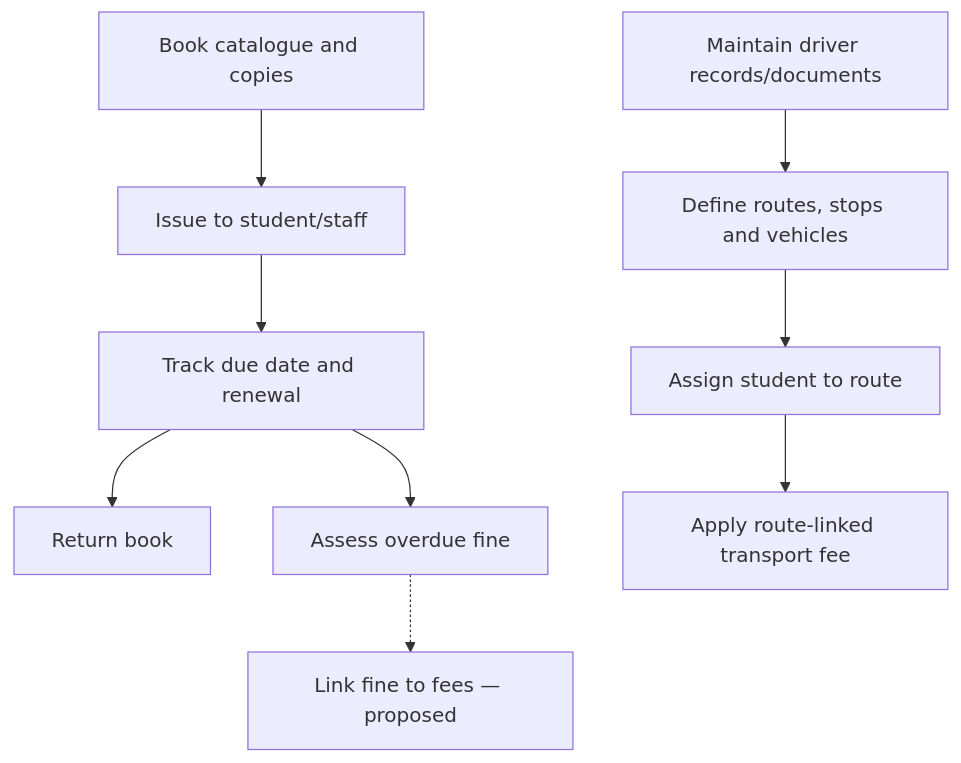
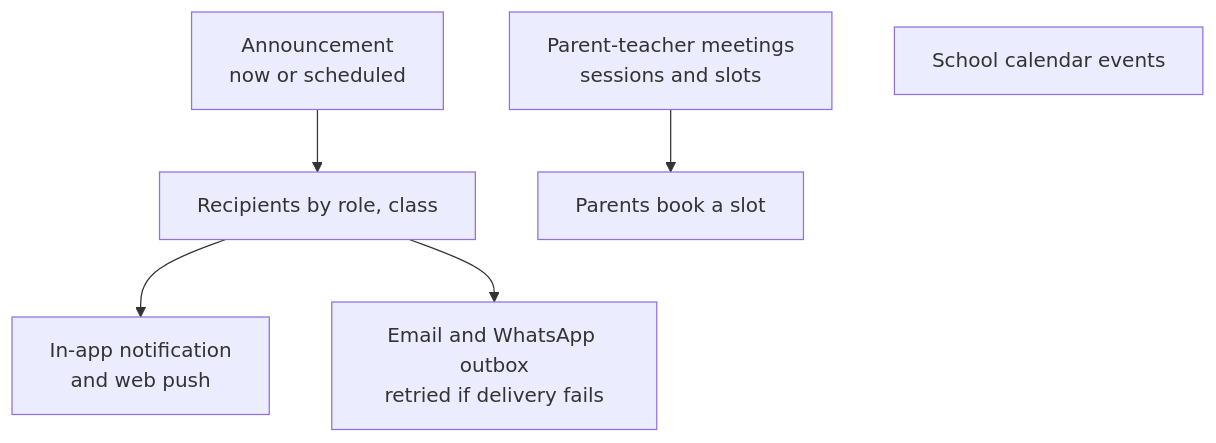
One commit to niddanamohansps-hue/Mocha-Edu changed the tenth of 10 diagrams in SYSTEM_ARCHITECTURE_AND_MODULE_WORKFLOWS.md. Above: the diagram before and after it, drawn with Mermaid. The commit also changed other lines of this file and 1 other file, not shown here.

First line of the commit message:
docs(architecture): bring the architecture document up to date with the code

````diff
--- a/SYSTEM_ARCHITECTURE_AND_MODULE_WORKFLOWS.md
+++ b/SYSTEM_ARCHITECTURE_AND_MODULE_WORKFLOWS.md
@@ -280,12 +180,8 @@
 ```mermaid
 flowchart TD
-    Catalogue["Book catalogue and copies"] --> Issue["Issue to student/staff"]
-    Issue --> Due["Track due date and renewal"]
-    Due --> Return["Return book"]
-    Due --> Fine["Assess overdue fine"]
-    Fine -.-> Fees["Link fine to fees — proposed"]
-
-    Route["Define routes, stops and vehicles"] --> Assignment["Assign student to route"]
-    Assignment --> TransportFee["Apply route-linked transport fee"]
-    Driver["Maintain driver records/documents"] --> Route
+    Ann["Announcement<br/>now or scheduled"] --> Rec["Recipients by role, class"]
+    Rec --> Notif["In-app notification<br/>and web push"]
+    Rec --> Out["Email and WhatsApp outbox<br/>retried if delivery fails"]
+    PTM["Parent-teacher meetings<br/>sessions and slots"] --> Book["Parents book a slot"]
+    Cal["School calendar events"]
 ```
````
